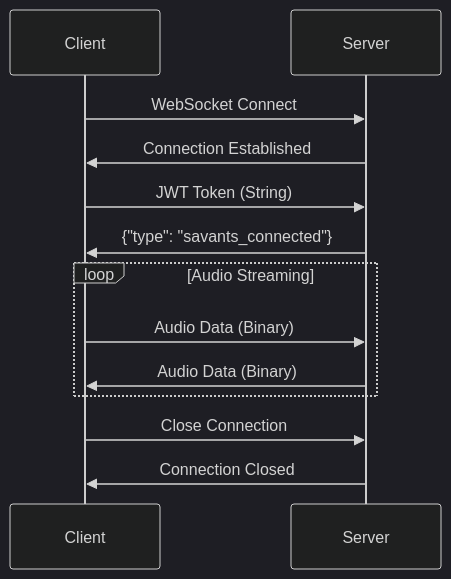
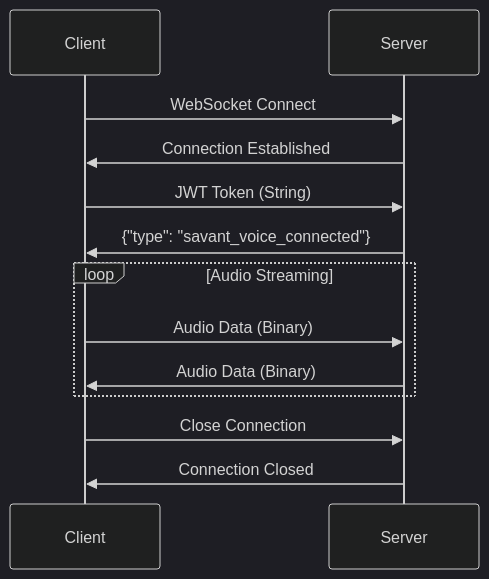
One commit to SavantCaleb/docs changed the diagram in api-reference/websocket-connection.mdx. Above: the diagram before and after it, drawn with Mermaid (dark theme). The commit also changed other lines of this file, not shown here.

````diff
--- a/api-reference/websocket-connection.mdx
+++ b/api-reference/websocket-connection.mdx
@@ -14,18 +14,18 @@
 ```mermaid
 sequenceDiagram
     participant Client
     participant Server
     
     Client->>Server: WebSocket Connect
     Server->>Client: Connection Established
     Client->>Server: JWT Token (String)
-    Server->>Client: {"type": "savants_connected"}
+    Server->>Client: {"type": "savant_voice_connected"}
     
     loop Audio Streaming
         Client->>Server: Audio Data (Binary)
         Server->>Client: Audio Data (Binary)
     end
     
     Client->>Server: Close Connection
     Server->>Client: Connection Closed
 ```
````
